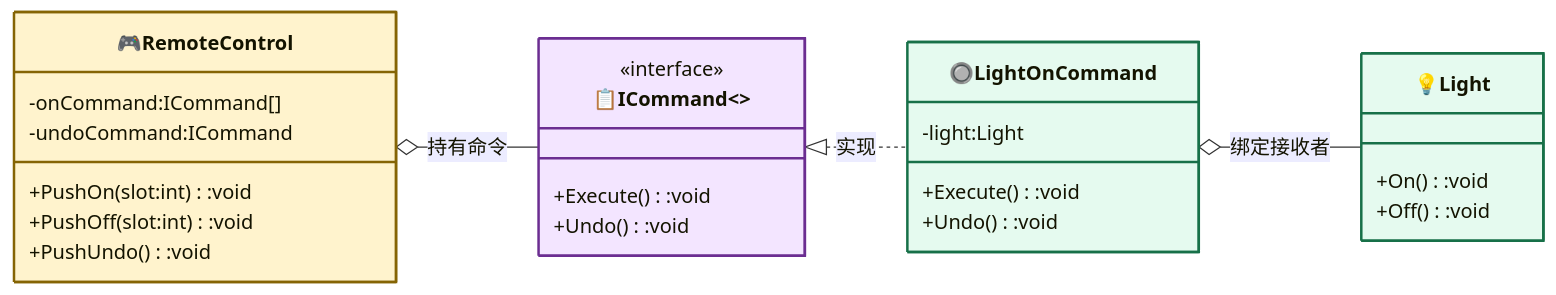
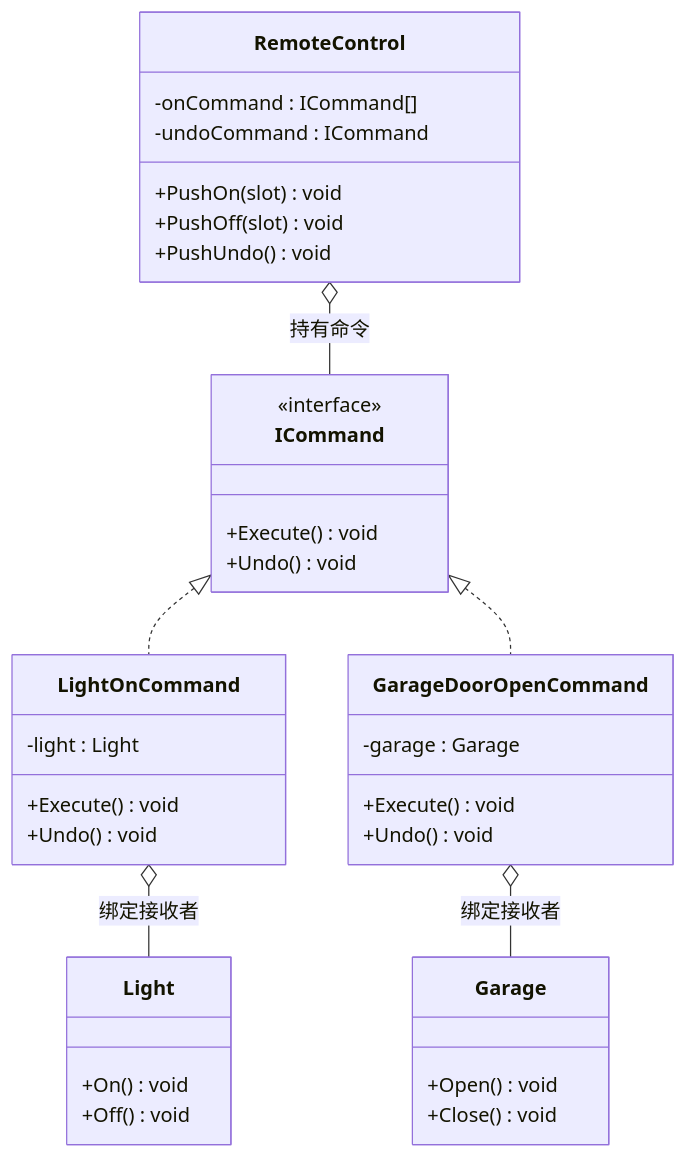
Before and after one commit to hollson/design_patterns: the second of 2 diagrams in CommandPattern/README.md, drawn with Mermaid. The commit also changed other lines of this file and 19 other files, not shown here.

````diff
--- a/CommandPattern/README.md
+++ b/CommandPattern/README.md
@@ -23,35 +51,39 @@
 ```mermaid
-%%{init: {"classDiagram": {"useMarkdownLabels": true}} }%%
 classDiagram
-    direction LR
-
-    class Invoker["🎮RemoteControl"]:::contextCls{
-        -onCommand:ICommand[]
-        -undoCommand:ICommand
-        +PushOn(slot:int):void
-        +PushOff(slot:int):void
-        +PushUndo():void
+    class RemoteControl {
+        -onCommand : ICommand[]
+        -undoCommand : ICommand
+        +PushOn(slot) void
+        +PushOff(slot) void
+        +PushUndo() void
     }
-    class Command["📋ICommand<<interface>>"]:::strategyCls{
+    class ICommand {
         <<interface>>
-        +Execute():void
-        +Undo():void
+        +Execute() void
+        +Undo() void
     }
-    class ConcreteCommand["🔘LightOnCommand"]:::concreteCls{
-        -light:Light
-        +Execute():void
-        +Undo():void
+    class LightOnCommand {
+        -light : Light
+        +Execute() void
+        +Undo() void
     }
-    class Receiver["💡Light"]:::concreteCls{
-        +On():void
-        +Off():void
+    class Light {
+        +On() void
+        +Off() void
+    }
+    class GarageDoorOpenCommand {
+        -garage : Garage
+        +Execute() void
+        +Undo() void
+    }
+    class Garage {
+        +Open() void
+        +Close() void
     }
 
-    Invoker o-- Command : 持有命令
-    Command <|.. ConcreteCommand : 实现
-    ConcreteCommand o-- Receiver : 绑定接收者
-
-    classDef contextCls fill:#fff3cd,stroke:#856404,stroke-width:2px
-    classDef strategyCls fill:#f3e5ff,stroke:#6b2d91,stroke-width:2px
-    classDef concreteCls fill:#e5faef,stroke:#177048,stroke-width:2px
+    RemoteControl o-- ICommand : 持有命令
+    ICommand <|.. LightOnCommand
+    ICommand <|.. GarageDoorOpenCommand
+    LightOnCommand o-- Light : 绑定接收者
+    GarageDoorOpenCommand o-- Garage : 绑定接收者
 ```
````
